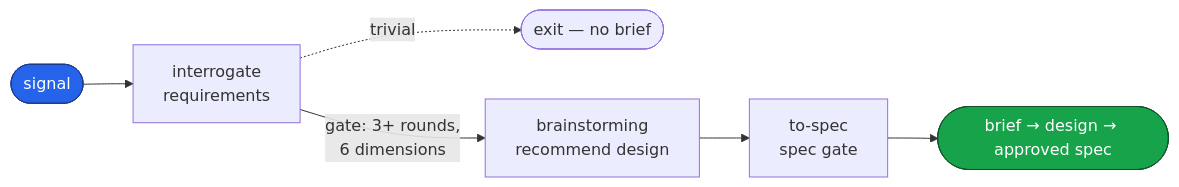
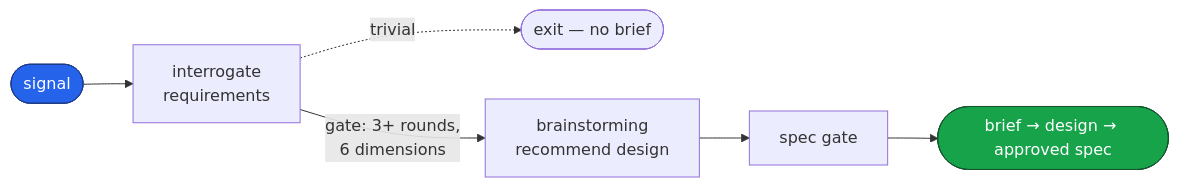
The second of 6 diagrams in README.md (dashworthy/engineering), drawn with Mermaid before and after one commit. The commit also changed other lines of this file and 78 other files, not shown here.

````diff
--- a/README.md
+++ b/README.md
@@ -71,11 +70,11 @@
 ```mermaid
 flowchart LR
     classDef entry fill:#2563eb,stroke:#1e3a8a,color:#fff
     classDef done fill:#16a34a,stroke:#14532d,color:#fff
 
     S(["signal"]):::entry --> S1["interrogate<br/>requirements"]
     S1 -. "trivial" .-> X(["exit — no brief"])
     S1 -->|"gate: 3+ rounds,<br/>6 dimensions"| BR["brainstorming<br/>recommend design"]
-    BR --> SP["to-spec<br/>spec gate"]
+    BR --> SP["spec gate"]
     SP --> STOP(["brief → design → approved spec"]):::done
 ```
````
